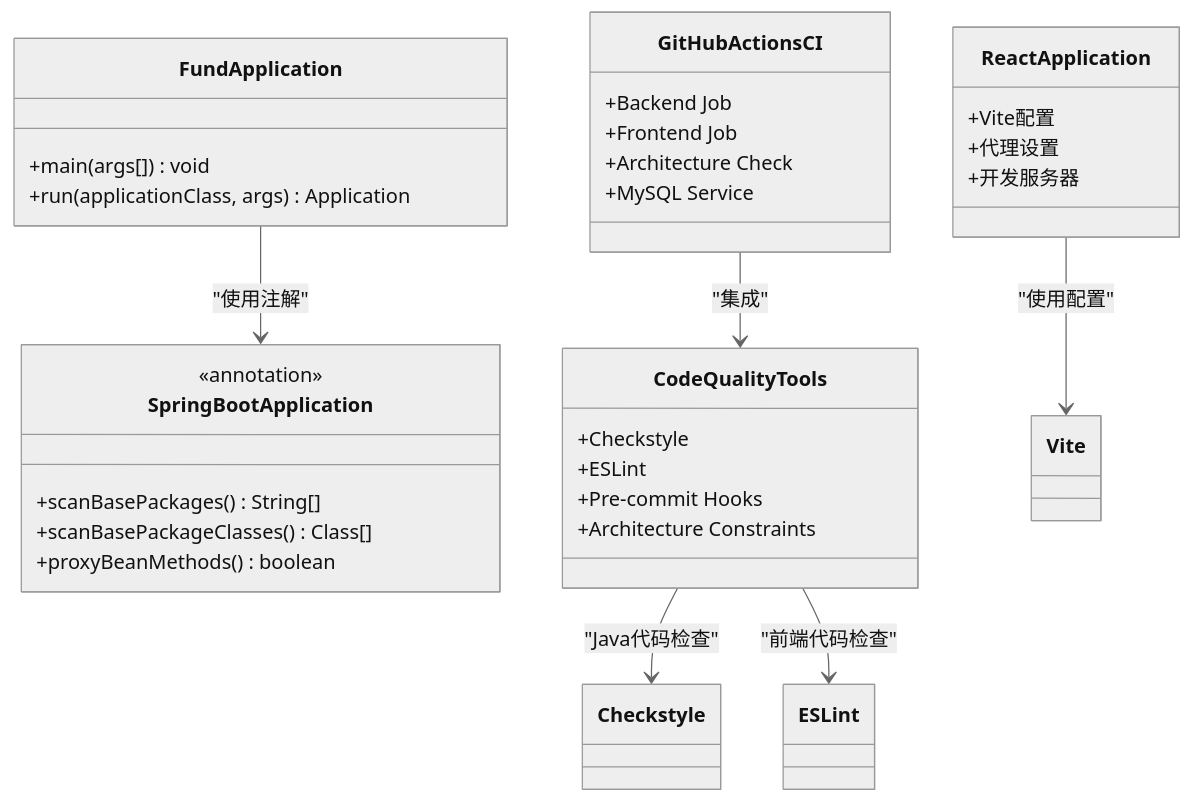
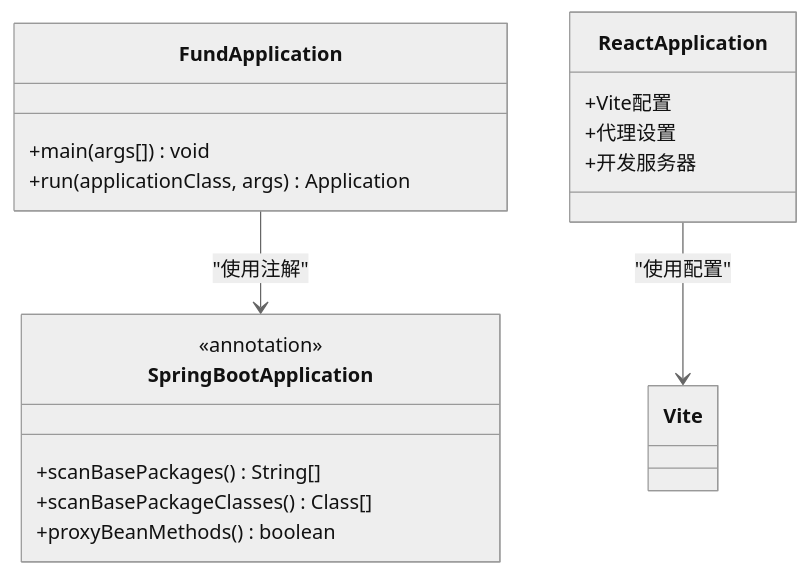
One commit to gree-coder/fund-butler changed the second of 18 diagrams in .qoder/repowiki/zh/content/核心功能开发/测试策略.md. Above: the diagram before and after it, drawn with Mermaid (neutral theme). The commit also changed other lines of this file and 21 other files, not shown here.

````diff
--- a/.qoder/repowiki/zh/content/核心功能开发/测试策略.md
+++ b/.qoder/repowiki/zh/content/核心功能开发/测试策略.md
@@ -133,35 +94,20 @@
 ```mermaid
 classDiagram
 class FundApplication {
 +main(args[]) void
 +run(applicationClass, args) Application
 }
 class SpringBootApplication {
 <<annotation>>
 +scanBasePackages() String[]
 +scanBasePackageClasses() Class[]
 +proxyBeanMethods() boolean
 }
 class ReactApplication {
 +Vite配置
 +代理设置
 +开发服务器
 }
-class GitHubActionsCI {
-+Backend Job
-+Frontend Job
-+Architecture Check
-+MySQL Service
-}
-class CodeQualityTools {
-+Checkstyle
-+ESLint
-+Pre-commit Hooks
-+Architecture Constraints
-}
 FundApplication --> SpringBootApplication : "使用注解"
 ReactApplication --> Vite : "使用配置"
-GitHubActionsCI --> CodeQualityTools : "集成"
-CodeQualityTools --> Checkstyle : "Java代码检查"
-CodeQualityTools --> ESLint : "前端代码检查"
 ```
````
